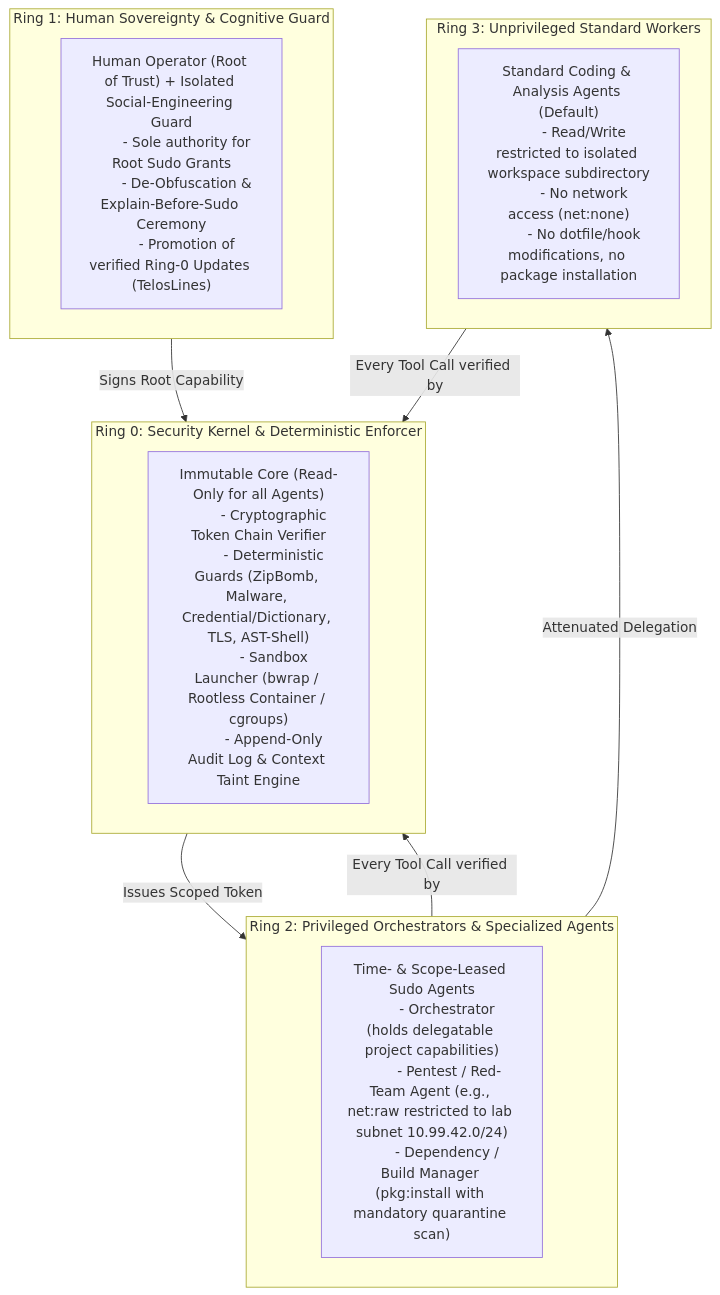
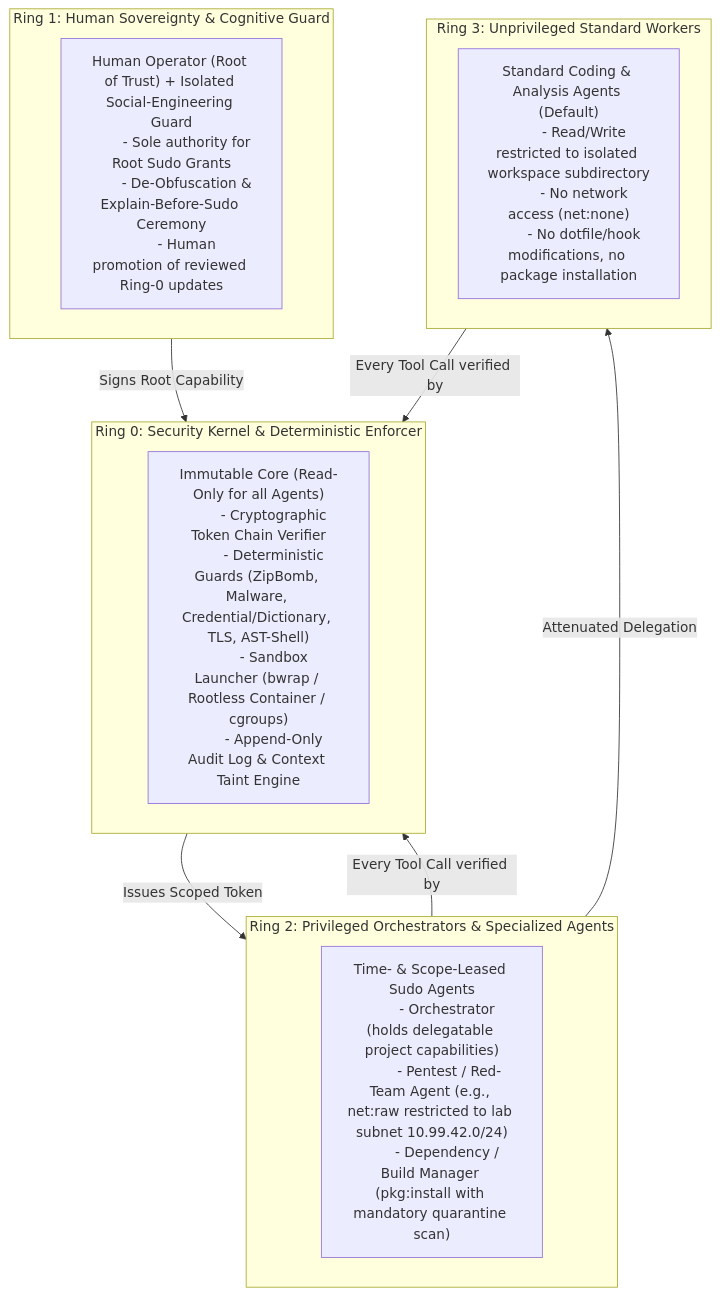
One commit to SimonHegelich/ActiveSecHarness changed the first of 2 diagrams in docs/02_sudo_capability_architecture.md. Above: the diagram before and after it, drawn with Mermaid. The commit also changed other lines of this file and 9 other files, not shown here.

````diff
--- a/docs/02_sudo_capability_architecture.md
+++ b/docs/02_sudo_capability_architecture.md
@@ -26,37 +26,37 @@
 ```mermaid
 flowchart TB
     subgraph Ring0 [Ring 0: Security Kernel & Deterministic Enforcer]
         R0_Desc["Immutable Core (Read-Only for all Agents)
         - Cryptographic Token Chain Verifier
         - Deterministic Guards (ZipBomb, Malware, Credential/Dictionary, TLS, AST-Shell)
         - Sandbox Launcher (bwrap / Rootless Container / cgroups)
         - Append-Only Audit Log & Context Taint Engine"]
     end
 
     subgraph Ring1 [Ring 1: Human Sovereignty & Cognitive Guard]
         R1_Desc["Human Operator (Root of Trust) + Isolated Social-Engineering Guard
         - Sole authority for Root Sudo Grants
         - De-Obfuscation & Explain-Before-Sudo Ceremony
-        - Promotion of verified Ring-0 Updates (TelosLines)"]
+        - Human promotion of reviewed Ring-0 updates"]
     end
 
     subgraph Ring2 [Ring 2: Privileged Orchestrators & Specialized Agents]
         R2_Desc["Time- & Scope-Leased Sudo Agents
         - Orchestrator (holds delegatable project capabilities)
         - Pentest / Red-Team Agent (e.g., net:raw restricted to lab subnet 10.99.42.0/24)
         - Dependency / Build Manager (pkg:install with mandatory quarantine scan)"]
     end
 
     subgraph Ring3 [Ring 3: Unprivileged Standard Workers]
         R3_Desc["Standard Coding & Analysis Agents (Default)
         - Read/Write restricted to isolated workspace subdirectory
         - No network access (net:none)
         - No dotfile/hook modifications, no package installation"]
     end
 
     Ring1 -->|"Signs Root Capability"| Ring0
     Ring0 -->|"Issues Scoped Token"| Ring2
     Ring2 -->|"Attenuated Delegation"| Ring3
     Ring3 -->|"Every Tool Call verified by"| Ring0
     Ring2 -->|"Every Tool Call verified by"| Ring0
 ```
````
